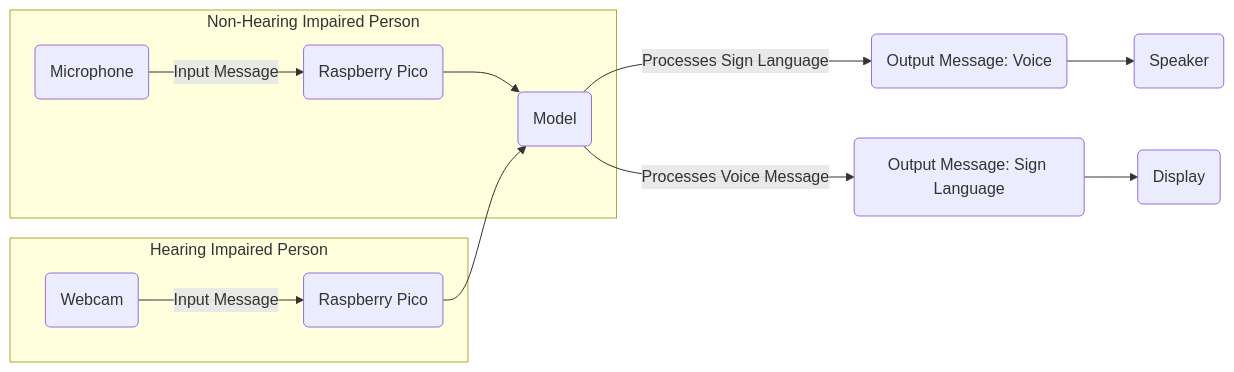
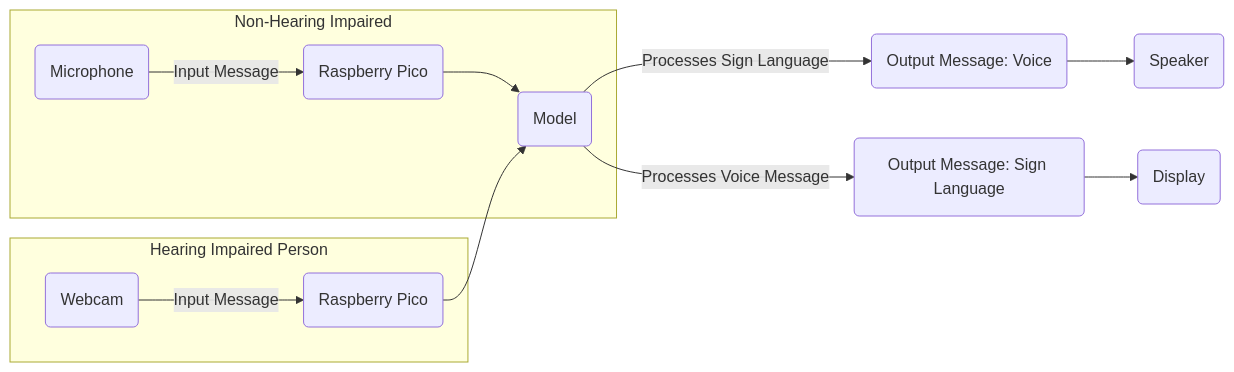
Before and after one commit to nithamitabh/Bridgecom: the diagram in README.md, drawn with Mermaid. The commit also changed other lines of this file, not shown here.

````diff
--- a/README.md
+++ b/README.md
@@ -37,17 +37,17 @@
 ```mermaid
 flowchart LR
-    subgraph Non-Hearing Impaired Person
+    subgraph Non-Hearing Impaired 
         A(Microphone) -- Input Message --> B(Raspberry Pico)
         B --> C(Model)
     end
 
     subgraph Hearing Impaired Person
         D(Webcam) -- Input Message --> E(Raspberry Pico)
         E --> C(Model)
     end
 
     C(Model) -- Processes Sign Language --> F(Output Message: Voice)
     F --> G(Speaker)
     C(Model) -- Processes Voice Message --> H(Output Message: Sign Language)
     H --> I(Display)
 ```
````
